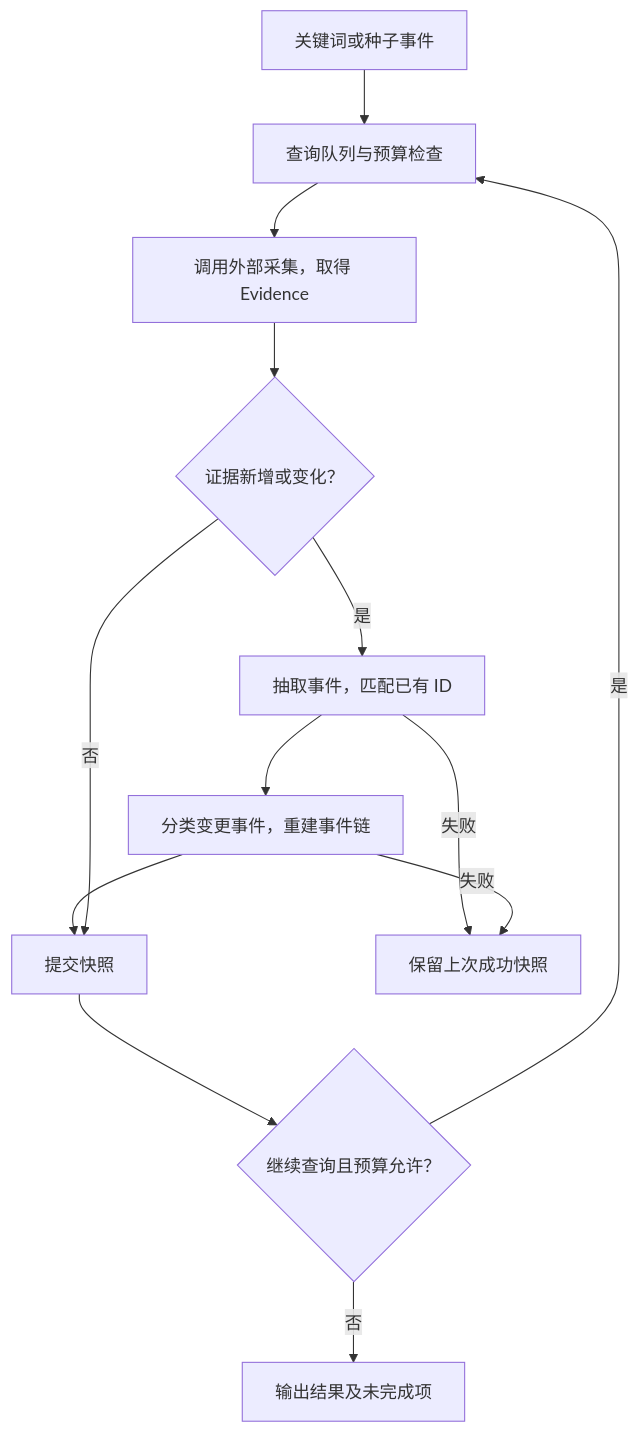
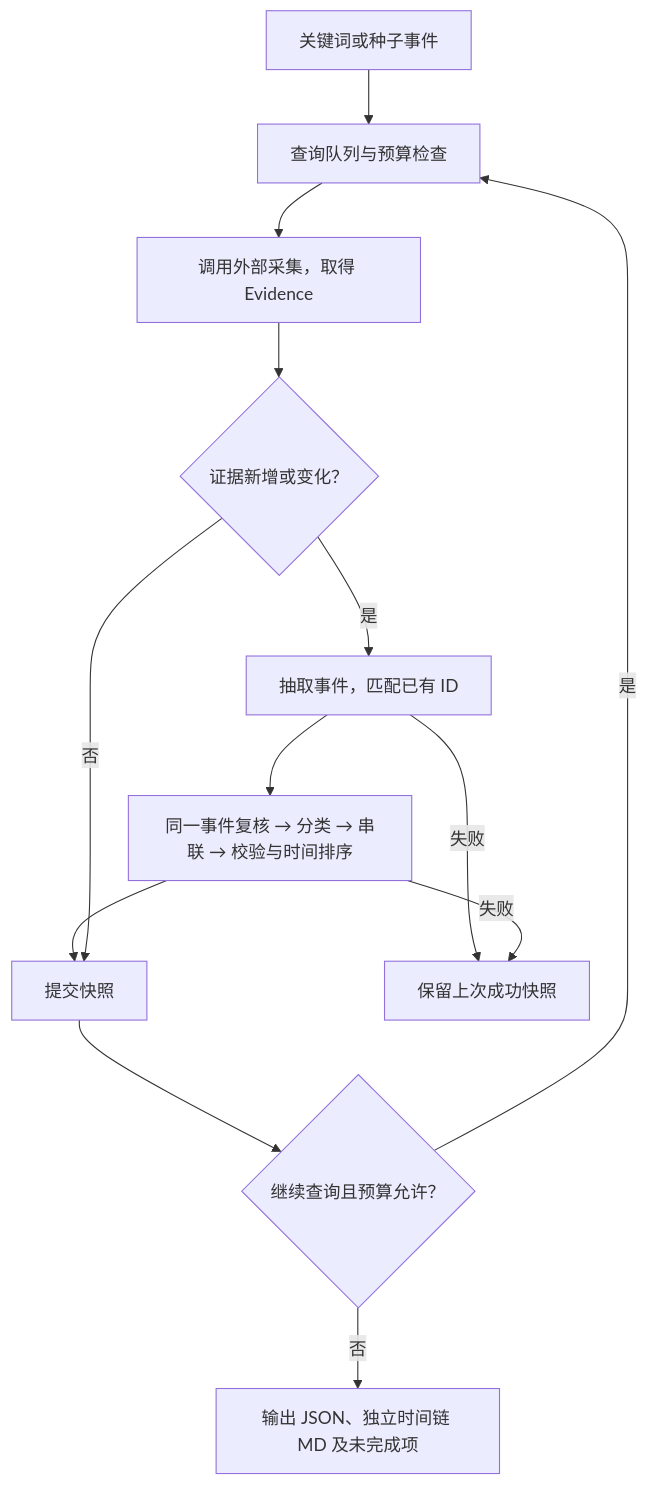
Before and after one commit to Batch-Li/Crawler-Agent: the diagram in signalx-agent/docs/WORKFLOW.md, drawn with Mermaid. The commit also changed other lines of this file and 35 other files, not shown here.

````diff
--- a/signalx-agent/docs/WORKFLOW.md
+++ b/signalx-agent/docs/WORKFLOW.md
@@ -5,15 +5,15 @@
 ```mermaid
 flowchart TD
     A["关键词或种子事件"] --> B["查询队列与预算检查"]
     B --> C["调用外部采集，取得 Evidence"]
     C --> D{"证据新增或变化？"}
     D -->|是| E["抽取事件，匹配已有 ID"]
-    E --> F["分类变更事件，重建事件链"]
+    E --> F["同一事件复核 → 分类 → 串联 → 校验与时间排序"]
     F --> G["提交快照"]
     D -->|否| G
     G --> H{"继续查询且预算允许？"}
     H -->|是| B
-    H -->|否| I["输出结果及未完成项"]
+    H -->|否| I["输出 JSON、独立时间链 MD 及未完成项"]
     E -->|失败| J["保留上次成功快照"]
     F -->|失败| J
 ```
````
